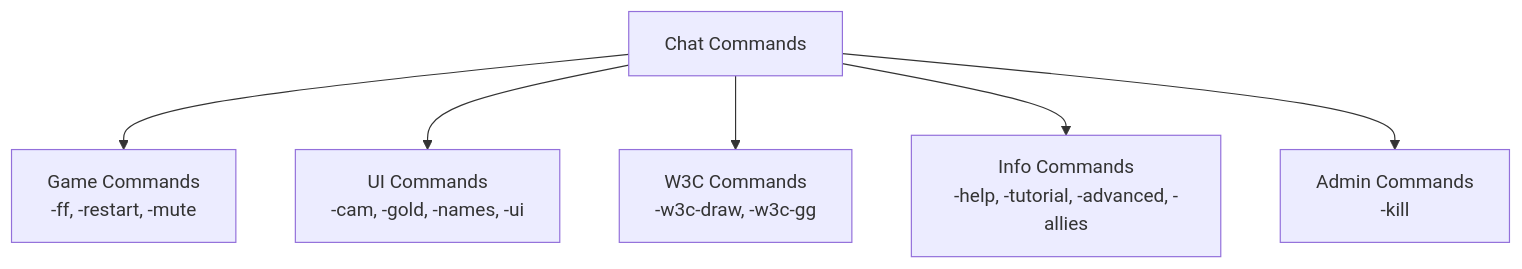
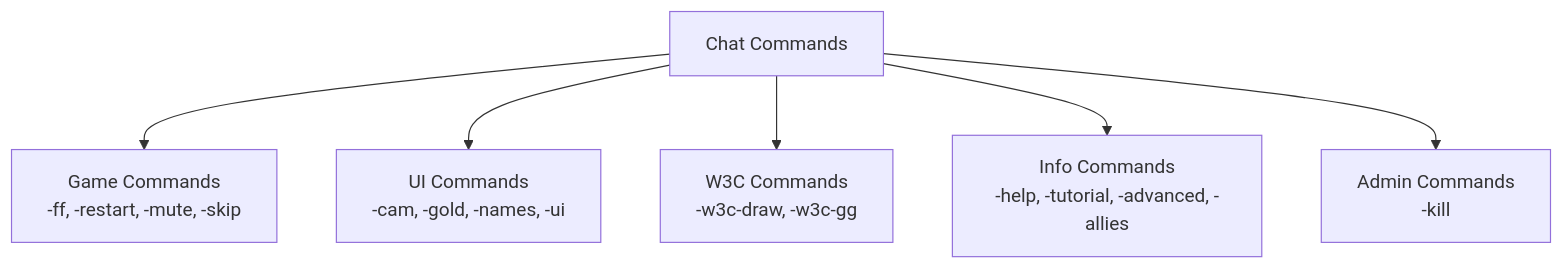
One commit to Warcraft-3-Risk/wc3-risk-system changed the first of 3 diagrams in website/public/game-guide-content/commands.md. Above: the diagram before and after it, drawn with Mermaid. The commit also changed other lines of this file and 11 other files, not shown here.

````diff
--- a/website/public/game-guide-content/commands.md
+++ b/website/public/game-guide-content/commands.md
@@ -22,9 +22,9 @@
 ```mermaid
 flowchart TD
     Commands["Chat Commands"]
-    Commands --> Game["Game Commands<br/>-ff, -restart, -mute"]
+    Commands --> Game["Game Commands<br/>-ff, -restart, -mute, -skip"]
     Commands --> UI["UI Commands<br/>-cam, -gold, -names, -ui"]
     Commands --> W3C["W3C Commands<br/>-w3c-draw, -w3c-gg"]
     Commands --> Info["Info Commands<br/>-help, -tutorial, -advanced, -allies"]
     Commands --> Admin["Admin Commands<br/>-kill"]
 ```
````
